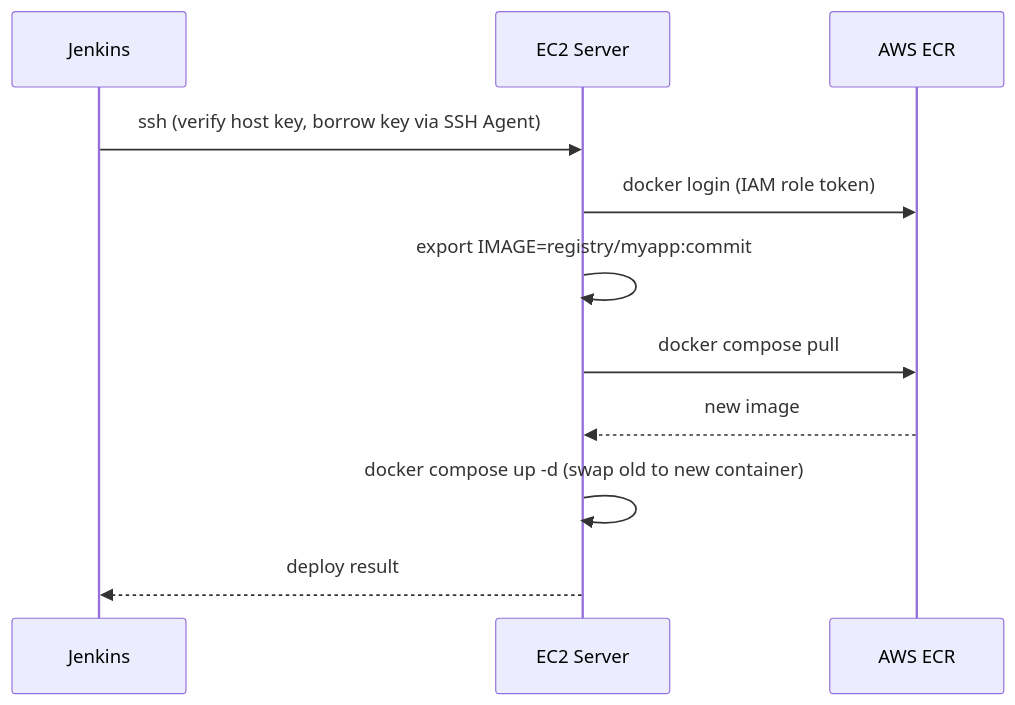
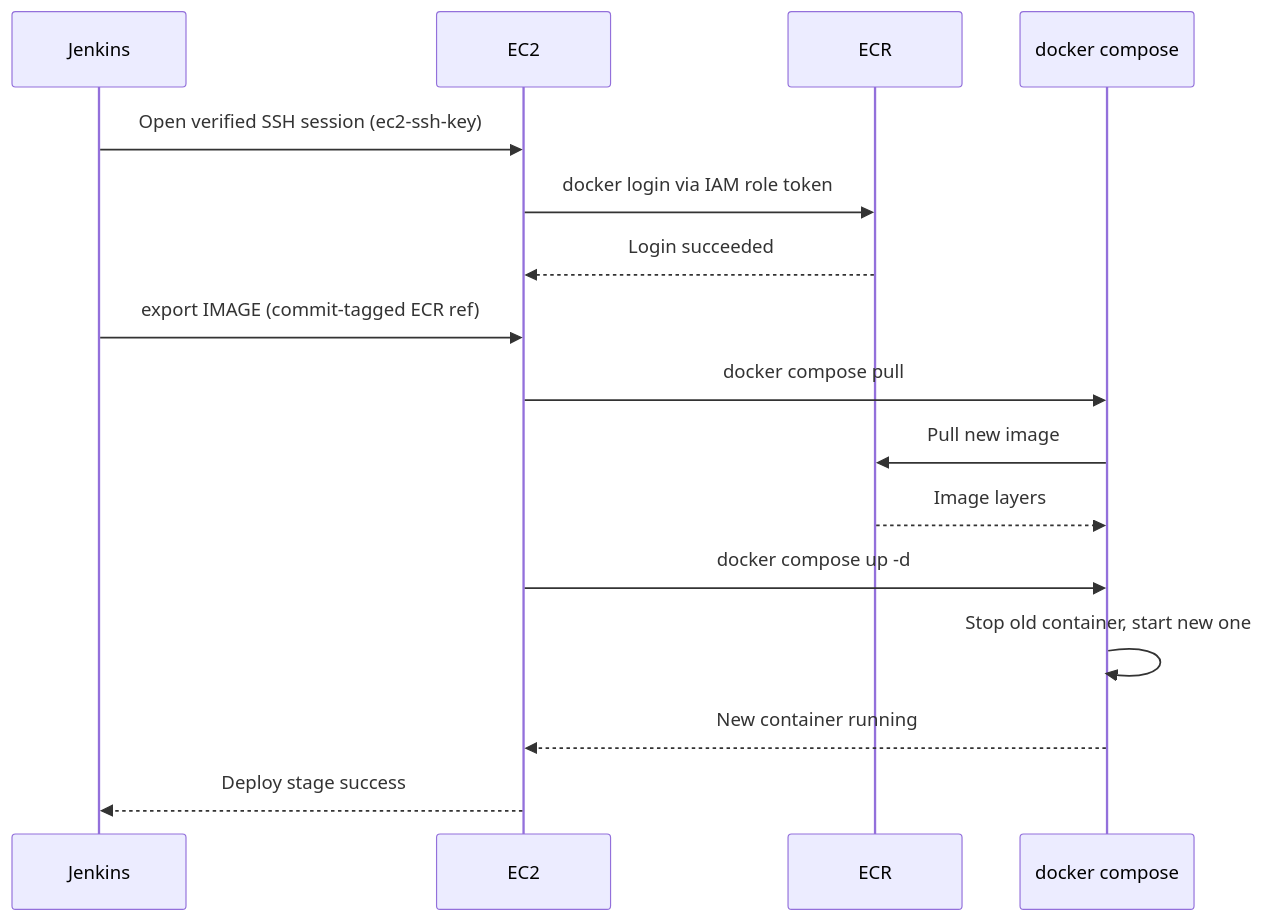
One commit to maroowe-wan/maroowe-wan.github.io changed the diagram in courses/devops-pipeline-ec2/lectures/07_ec2-auto-deploy/content.en.md. Above: the diagram before and after it, drawn with Mermaid. The commit also changed other lines of this file and 202 other files, not shown here.

````diff
--- a/courses/devops-pipeline-ec2/lectures/07_ec2-auto-deploy/content.en.md
+++ b/courses/devops-pipeline-ec2/lectures/07_ec2-auto-deploy/content.en.md
@@ -94,13 +88,18 @@
-```mermaid Deploy stage - commands Jenkins runs over SSH on EC2
+```mermaid Jenkins-to-EC2 deploy sequence over SSH
 sequenceDiagram
-    participant Jenkins as Jenkins
-    participant EC2 as EC2 Server
-    participant ECR as AWS ECR
-    Jenkins->>EC2: ssh (verify host key, borrow key via SSH Agent)
-    EC2->>ECR: docker login (IAM role token)
-    EC2->>EC2: export IMAGE=registry/myapp:commit
-    EC2->>ECR: docker compose pull
-    ECR-->>EC2: new image
-    EC2->>EC2: docker compose up -d (swap old to new container)
-    EC2-->>Jenkins: deploy result
+    participant J as Jenkins
+    participant E as EC2
+    participant R as ECR
+    participant C as docker compose
+    J->>E: Open verified SSH session (ec2-ssh-key)
+    E->>R: docker login via IAM role token
+    R-->>E: Login succeeded
+    J->>E: export IMAGE (commit-tagged ECR ref)
+    E->>C: docker compose pull
+    C->>R: Pull new image
+    R-->>C: Image layers
+    E->>C: docker compose up -d
+    C->>C: Stop old container, start new one
+    C-->>E: New container running
+    E-->>J: Deploy stage success
 ```
````
